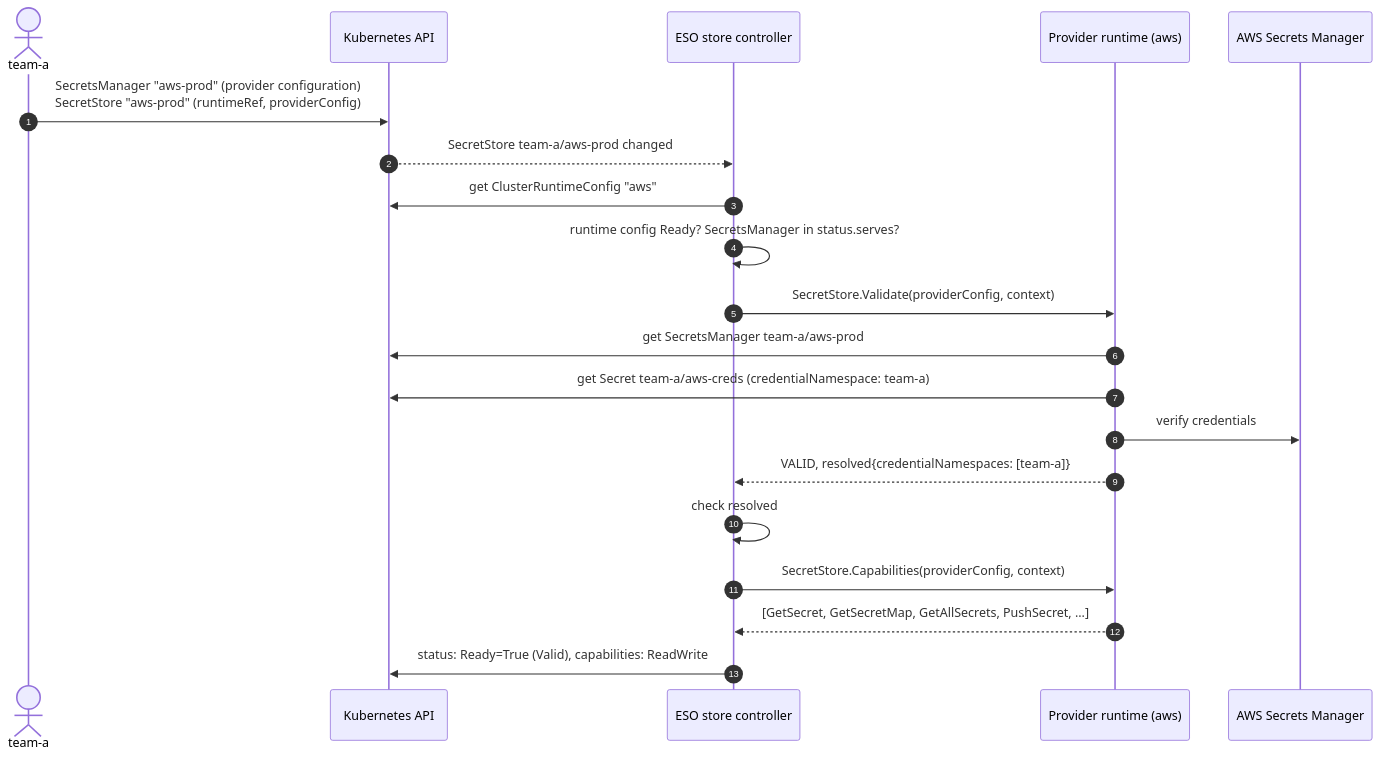
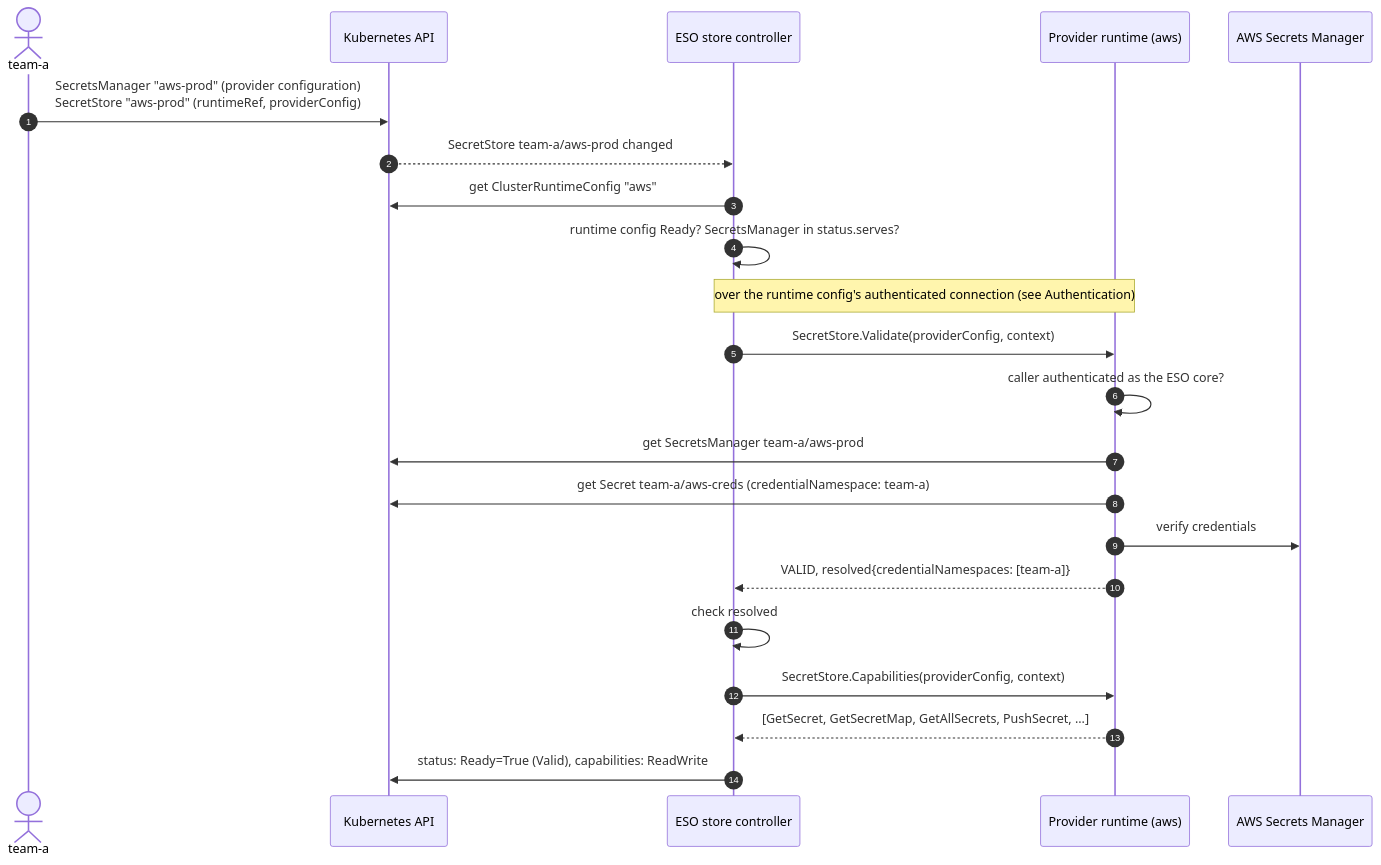
The third of 5 diagrams in design/014/PROTOCOL.md (external-secrets/external-secrets), drawn with Mermaid before and after one commit. The commit also changed other lines of this file and 4 other files, not shown here.

````diff
--- a/design/014/PROTOCOL.md
+++ b/design/014/PROTOCOL.md
@@ -209,23 +307,25 @@
 ```mermaid
 sequenceDiagram
     autonumber
     actor Tenant as team-a
     participant K as Kubernetes API
     participant SC as ESO store controller
     participant P as Provider runtime (aws)
     participant B as AWS Secrets Manager
 
     Tenant->>K: SecretsManager "aws-prod" (provider configuration)<br/>SecretStore "aws-prod" (runtimeRef, providerConfig)
     K-->>SC: SecretStore team-a/aws-prod changed
     SC->>K: get ClusterRuntimeConfig "aws"
     SC->>SC: runtime config Ready? SecretsManager in status.serves?
+    Note over SC,P: over the runtime config's authenticated connection (see Authentication)
     SC->>P: SecretStore.Validate(providerConfig, context)
+    P->>P: caller authenticated as the ESO core?
     P->>K: get SecretsManager team-a/aws-prod
     P->>K: get Secret team-a/aws-creds (credentialNamespace: team-a)
     P->>B: verify credentials
     P-->>SC: VALID, resolved{credentialNamespaces: [team-a]}
     SC->>SC: check resolved
     SC->>P: SecretStore.Capabilities(providerConfig, context)
     P-->>SC: [GetSecret, GetSecretMap, GetAllSecrets, PushSecret, ...]
     SC->>K: status: Ready=True (Valid), capabilities: ReadWrite
 ```
````
